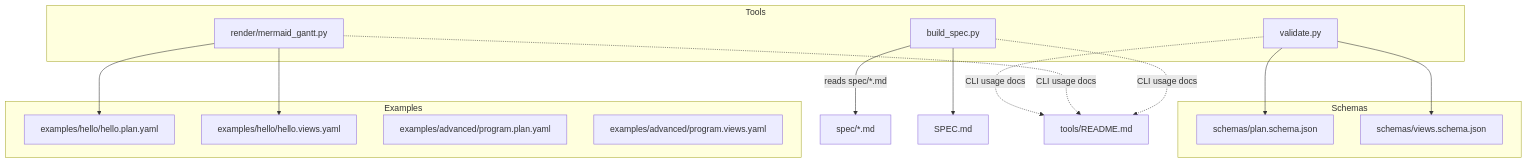
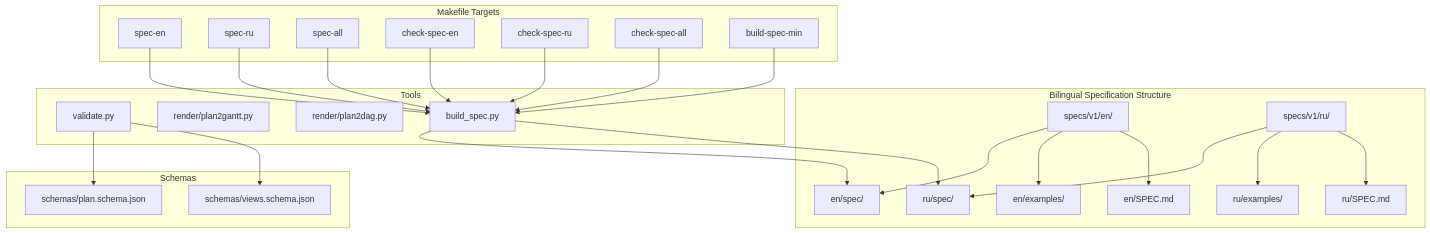
One commit to asukhodko/opskarta changed the first of 8 diagrams in .qoder/repowiki/en/content/Tooling and Utilities/Tooling and Utilities.md. Above: the diagram before and after it, drawn with Mermaid. The commit also changed other lines of this file and 7 other files, not shown here.

First line of the commit message:
feat(docs): add bilingual English and Russian examples and specifications

````diff
--- a/.qoder/repowiki/en/content/Tooling and Utilities/Tooling and Utilities.md
+++ b/.qoder/repowiki/en/content/Tooling and Utilities/Tooling and Utilities.md
@@ -39,27 +54,49 @@
 ```mermaid
 graph TB
+subgraph "Bilingual Specification Structure"
+EN["specs/v1/en/"]
+RU["specs/v1/ru/"]
+EN_SPEC["en/spec/"]
+RU_SPEC["ru/spec/"]
+EN_EXAMPLES["en/examples/"]
+RU_EXAMPLES["ru/examples/"]
+EN_OUTPUT["en/SPEC.md"]
+RU_OUTPUT["ru/SPEC.md"]
+end
 subgraph "Tools"
 V["validate.py"]
-R["render/mermaid_gantt.py"]
+R["render/plan2gantt.py"]
+RD["render/plan2dag.py"]
 B["build_spec.py"]
 end
 subgraph "Schemas"
 SP["schemas/plan.schema.json"]
 SV["schemas/views.schema.json"]
 end
-subgraph "Examples"
-EP["examples/hello/hello.plan.yaml"]
-EV["examples/hello/hello.views.yaml"]
-AP["examples/advanced/program.plan.yaml"]
-AV["examples/advanced/program.views.yaml"]
+subgraph "Makefile Targets"
+SPEC_EN["spec-en"]
+SPEC_RU["spec-ru"]
+SPEC_ALL["spec-all"]
+CHECK_EN["check-spec-en"]
+CHECK_RU["check-spec-ru"]
+CHECK_ALL["check-spec-all"]
+BUILD_MIN["build-spec-min"]
 end
+EN --> EN_SPEC
+EN --> EN_EXAMPLES
+EN --> EN_OUTPUT
+RU --> RU_SPEC
+RU --> RU_EXAMPLES
+RU --> RU_OUTPUT
 V --> SP
 V --> SV
-R --> EP
-R --> EV
-B --> |"reads spec/*.md"| Spec["spec/*.md"]
-B --> Out["SPEC.md"]
-V -. "CLI usage docs" .-> ToolsReadme["tools/README.md"]
-R -. "CLI usage docs" .-> ToolsReadme
-B -. "CLI usage docs" .-> ToolsReadme
+B --> EN_SPEC
+B --> RU_SPEC
+SPEC_EN --> B
+SPEC_RU --> B
+SPEC_ALL --> B
+CHECK_EN --> B
+CHECK_RU --> B
+CHECK_ALL --> B
+BUILD_MIN --> B
 ```
````
